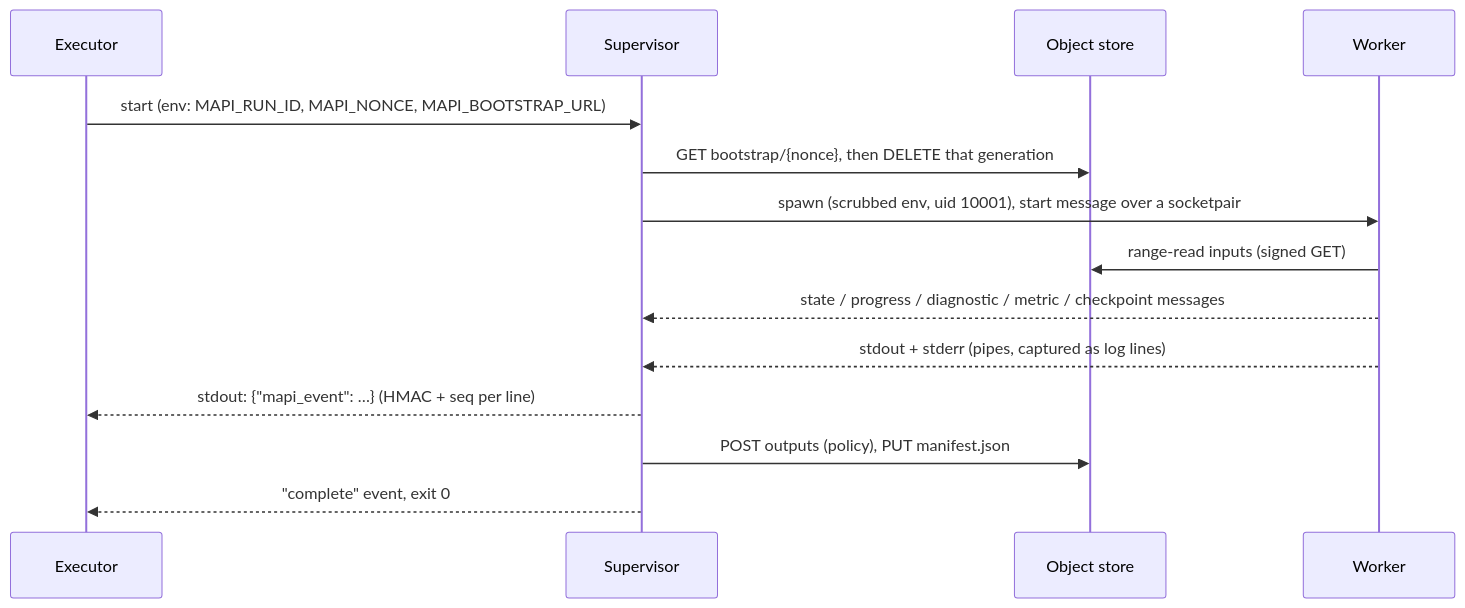
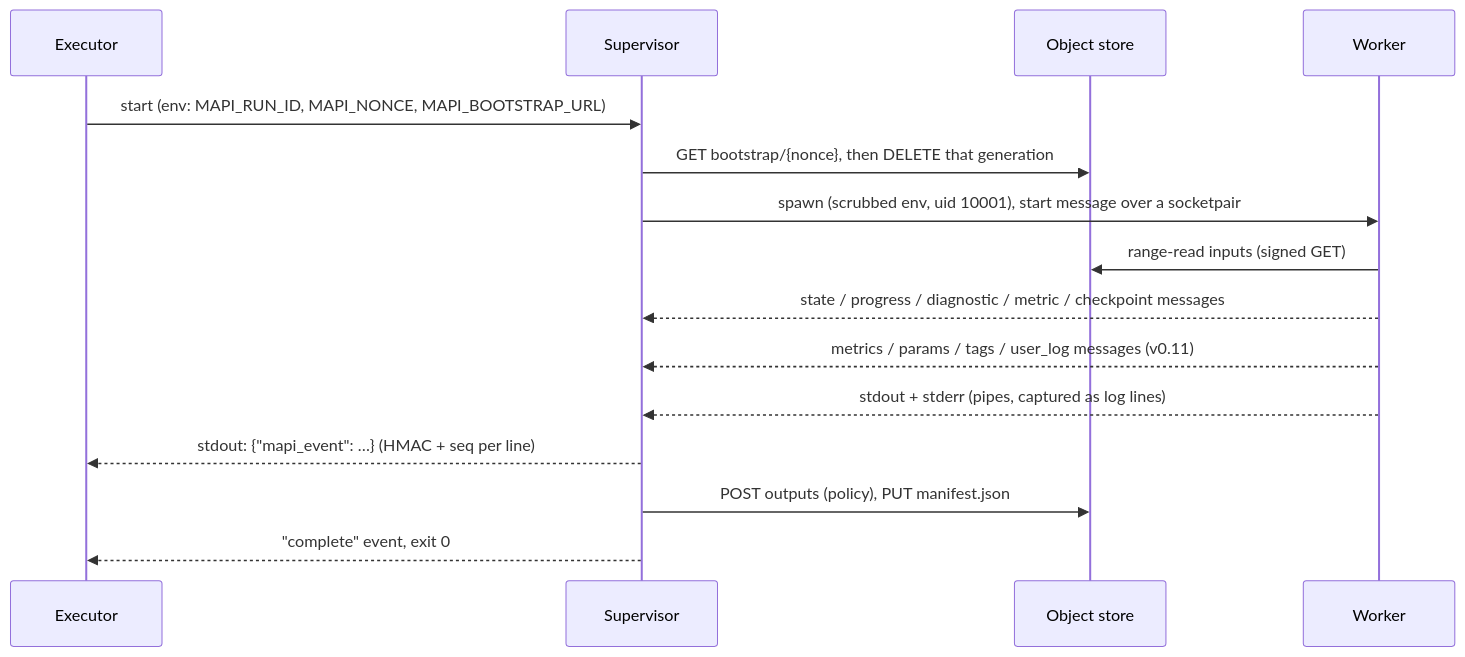
The diagram in docs/reference/runner.md (redam94/modeling-api), drawn with Mermaid before and after one commit. The commit also changed other lines of this file and 148 other files, not shown here.

````diff
--- a/docs/reference/runner.md
+++ b/docs/reference/runner.md
@@ -11,16 +11,17 @@
 ```mermaid
 sequenceDiagram
     participant X as Executor
     participant S as Supervisor
     participant G as Object store
     participant W as Worker
     X->>S: start (env: MAPI_RUN_ID, MAPI_NONCE, MAPI_BOOTSTRAP_URL)
     S->>G: GET bootstrap/{nonce}, then DELETE that generation
     S->>W: spawn (scrubbed env, uid 10001), start message over a socketpair
     W->>G: range-read inputs (signed GET)
     W-->>S: state / progress / diagnostic / metric / checkpoint messages
+    W-->>S: metrics / params / tags / user_log messages (v0.11)
     W-->>S: stdout + stderr (pipes, captured as log lines)
     S-->>X: stdout: {"mapi_event": …} (HMAC + seq per line)
     S->>G: POST outputs (policy), PUT manifest.json
     S-->>X: "complete" event, exit 0
 ```
````
